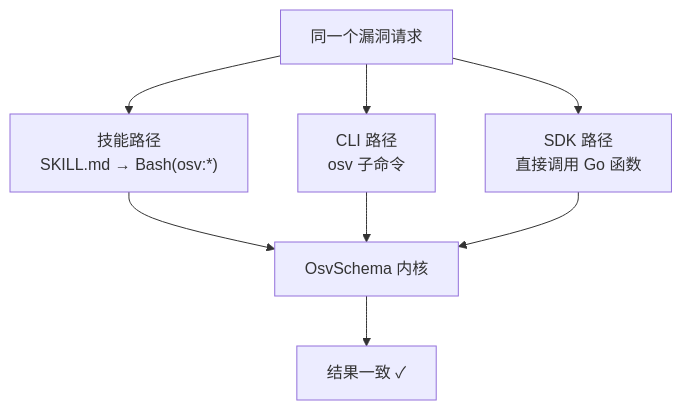
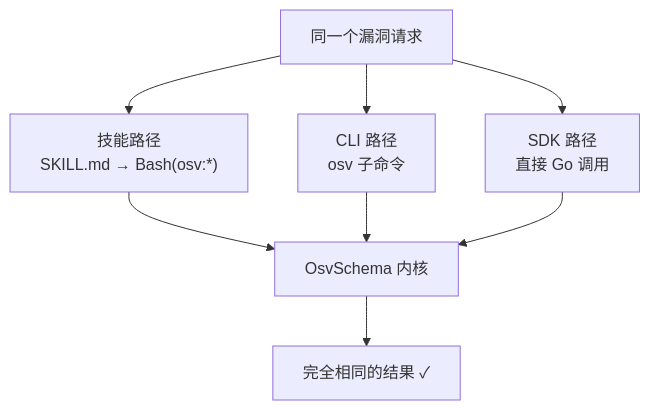
One commit to scagogogo/osv-schema-skills changed the fifth of 5 diagrams in website/zh/guide/introduction.md. Above: the diagram before and after it, drawn with Mermaid. The commit also changed other lines of this file and 5 other files, not shown here.

````diff
--- a/website/zh/guide/introduction.md
+++ b/website/zh/guide/introduction.md
@@ -57,10 +229,10 @@
 ```mermaid
 flowchart TD
   REQ["同一个漏洞请求"] --> A["技能路径<br/>SKILL.md → Bash(osv:*)"]
   REQ --> B["CLI 路径<br/>osv 子命令"]
-  REQ --> C["SDK 路径<br/>直接调用 Go 函数"]
+  REQ --> C["SDK 路径<br/>直接 Go 调用"]
   A --> CORE["OsvSchema 内核"]
   B --> CORE
   C --> CORE
-  CORE --> SAME["结果一致 ✓"]
+  CORE --> SAME["完全相同的结果 ✓"]
 ```
````
